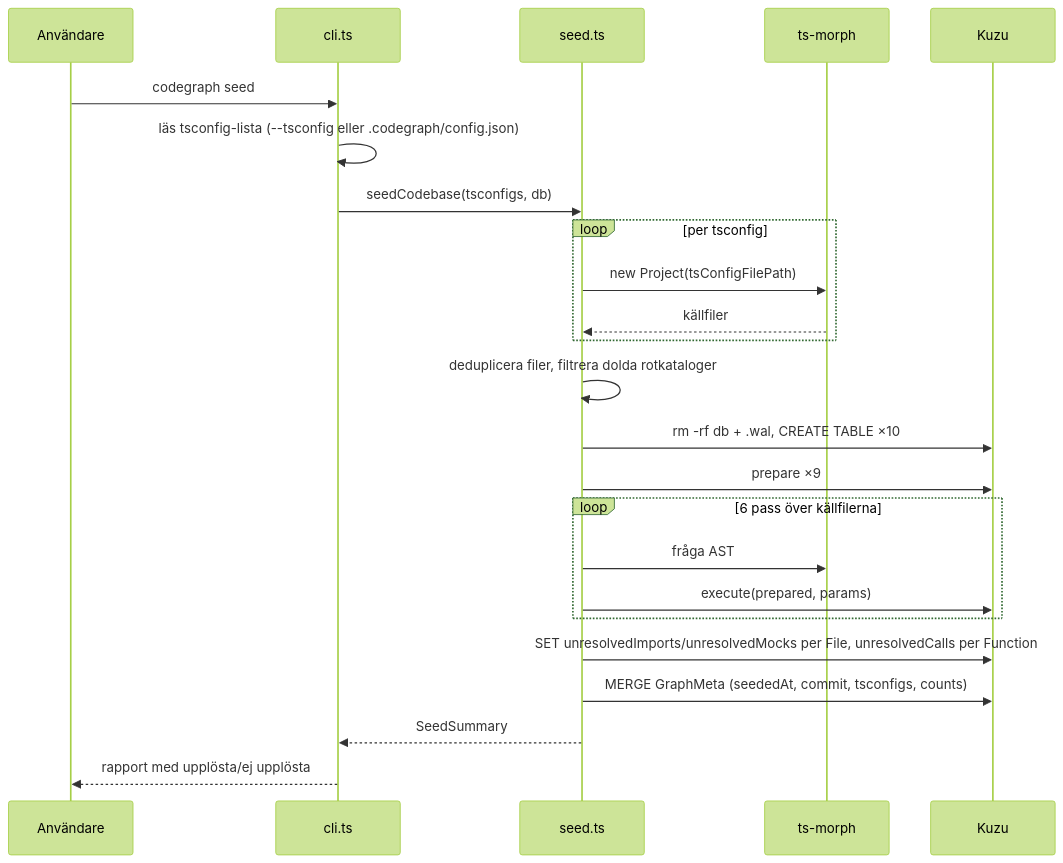
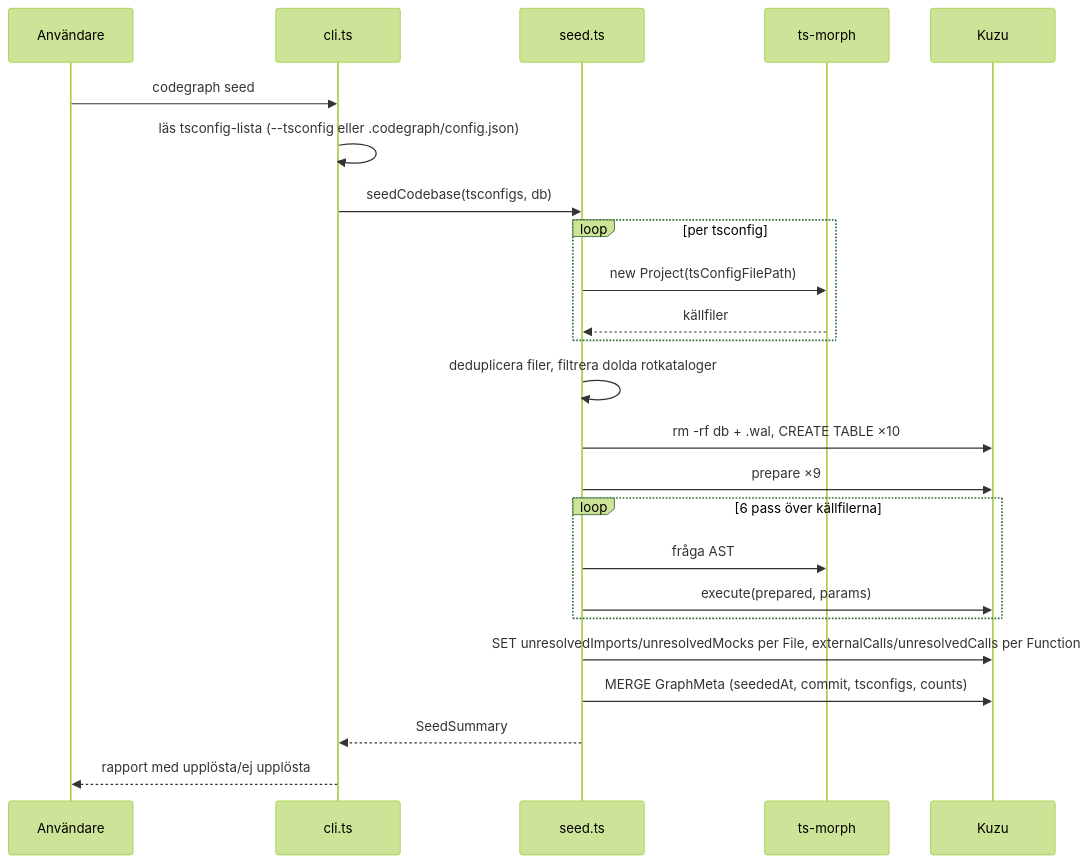
One commit to tullanders/CodeGraph changed the third of 4 diagrams in docs/architecture.md. Above: the diagram before and after it, drawn with Mermaid (forest theme). The commit also changed other lines of this file and 9 other files, not shown here.

````diff
--- a/docs/architecture.md
+++ b/docs/architecture.md
@@ -239,27 +250,27 @@
 ```mermaid
 sequenceDiagram
     participant U as Användare
     participant C as cli.ts
     participant S as seed.ts
     participant M as ts-morph
     participant K as Kuzu
 
     U->>C: codegraph seed
     C->>C: läs tsconfig-lista (--tsconfig eller .codegraph/config.json)
     C->>S: seedCodebase(tsconfigs, db)
     loop per tsconfig
         S->>M: new Project(tsConfigFilePath)
         M-->>S: källfiler
     end
     S->>S: deduplicera filer, filtrera dolda rotkataloger
     S->>K: rm -rf db + .wal, CREATE TABLE ×10
     S->>K: prepare ×9
     loop 6 pass över källfilerna
         S->>M: fråga AST
         S->>K: execute(prepared, params)
     end
-    S->>K: SET unresolvedImports/unresolvedMocks per File, unresolvedCalls per Function
+    S->>K: SET unresolvedImports/unresolvedMocks per File, externalCalls/unresolvedCalls per Function
     S->>K: MERGE GraphMeta (seededAt, commit, tsconfigs, counts)
     S-->>C: SeedSummary
     C-->>U: rapport med upplösta/ej upplösta
 ```
````
